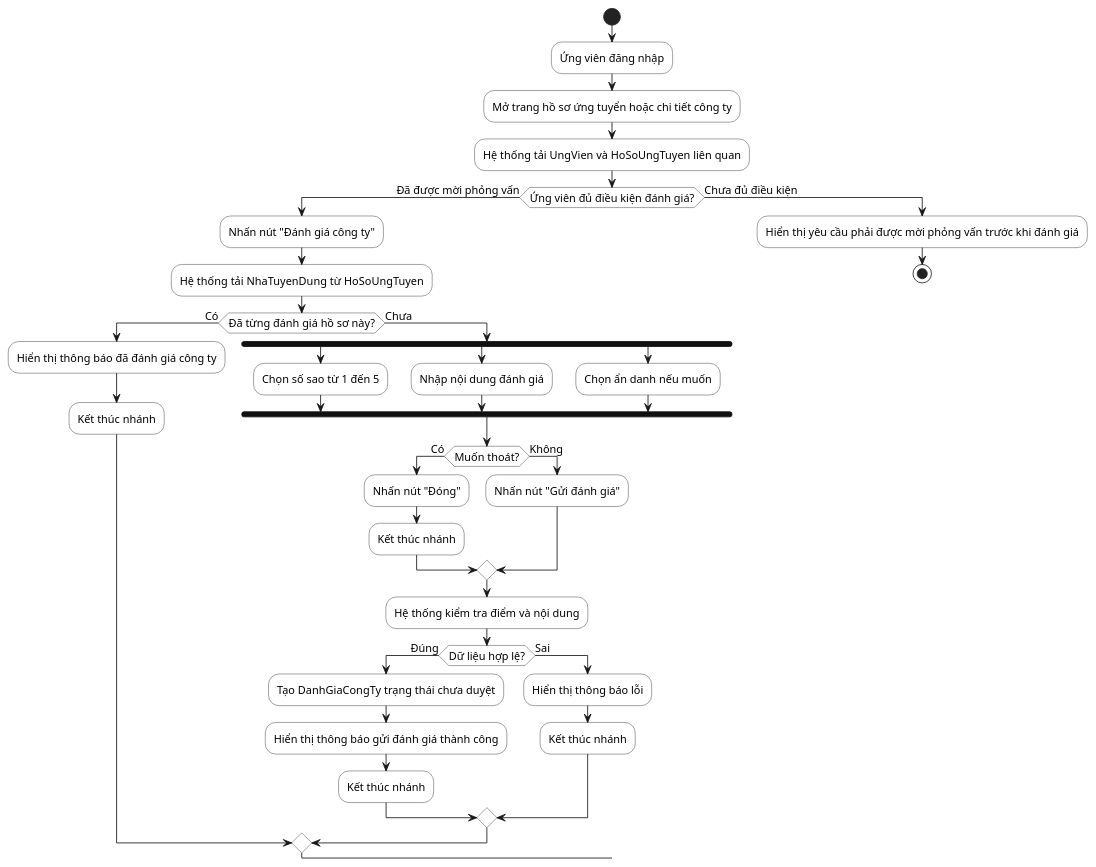
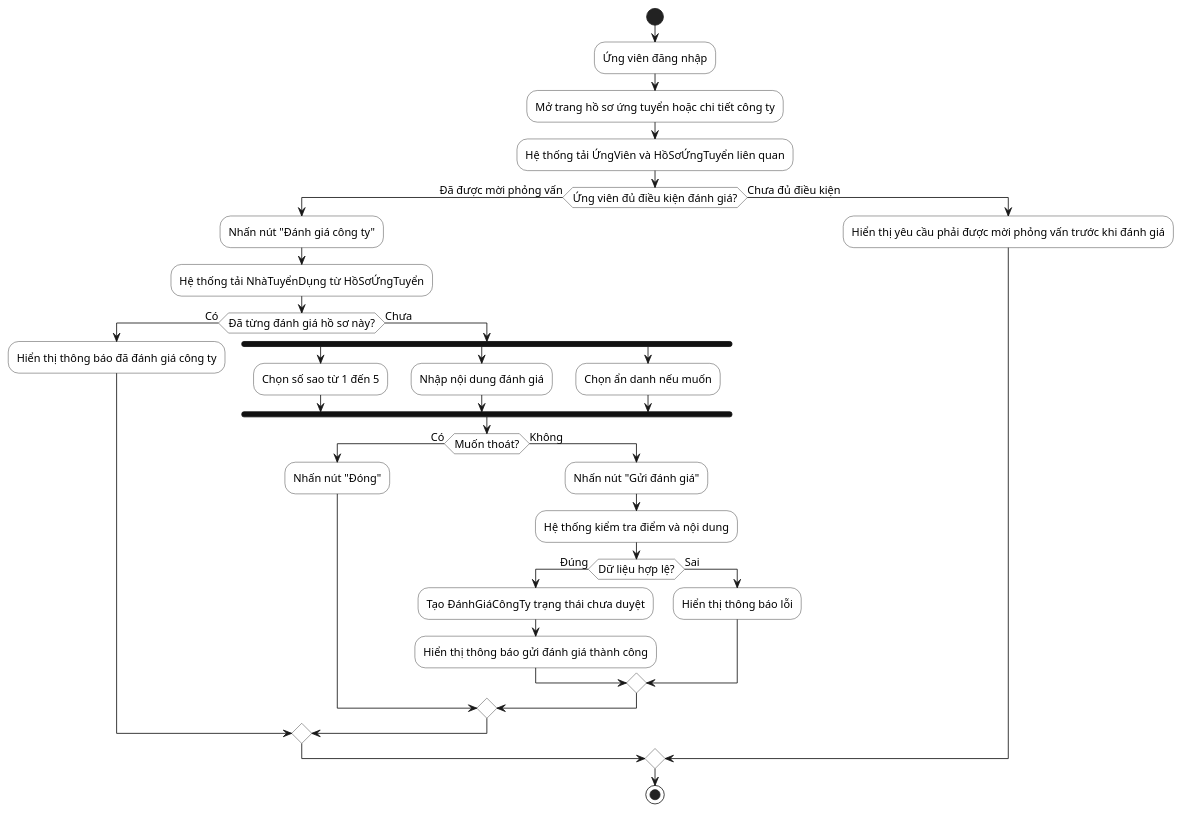
The diagram in docs/so-do/02-activity/13-activity-danh-gia-cong-ty.puml (hole-six/DoAn), drawn with PlantUML before and after one commit. The commit also changed 1039 other files, not shown here.

```diff
--- a/docs/so-do/02-activity/13-activity-danh-gia-cong-ty.puml
+++ b/docs/so-do/02-activity/13-activity-danh-gia-cong-ty.puml
@@ -1,51 +1,47 @@
 @startuml
 skinparam defaultFontName "Segoe UI"
 skinparam defaultFontSize 13
 skinparam shadowing false
 skinparam linetype ortho
 skinparam activity {
   BackgroundColor White
   BorderColor #222222
   DiamondBackgroundColor White
   DiamondBorderColor #222222
   BarColor #111111
 }
 start
 :Ứng viên đăng nhập;
 :Mở trang hồ sơ ứng tuyển hoặc chi tiết công ty;
-:Hệ thống tải UngVien và HoSoUngTuyen liên quan;
+:Hệ thống tải ỨngViên và HồSơỨngTuyển liên quan;
 if (Ứng viên đủ điều kiện đánh giá?) then (Đã được mời phỏng vấn)
   :Nhấn nút "Đánh giá công ty";
-  :Hệ thống tải NhaTuyenDung từ HoSoUngTuyen;
+  :Hệ thống tải NhàTuyểnDụng từ HồSơỨngTuyển;
   if (Đã từng đánh giá hồ sơ này?) then (Có)
     :Hiển thị thông báo đã đánh giá công ty;
-    :Kết thúc nhánh;
   else (Chưa)
     fork
       :Chọn số sao từ 1 đến 5;
     fork again
       :Nhập nội dung đánh giá;
     fork again
       :Chọn ẩn danh nếu muốn;
     end fork
     if (Muốn thoát?) then (Có)
       :Nhấn nút "Đóng";
-      :Kết thúc nhánh;
     else (Không)
       :Nhấn nút "Gửi đánh giá";
-    endif
-    :Hệ thống kiểm tra điểm và nội dung;
-    if (Dữ liệu hợp lệ?) then (Đúng)
-      :Tạo DanhGiaCongTy trạng thái chưa duyệt;
-      :Hiển thị thông báo gửi đánh giá thành công;
-      :Kết thúc nhánh;
-    else (Sai)
-      :Hiển thị thông báo lỗi;
-      :Kết thúc nhánh;
+      :Hệ thống kiểm tra điểm và nội dung;
+      if (Dữ liệu hợp lệ?) then (Đúng)
+        :Tạo ĐánhGiáCôngTy trạng thái chưa duyệt;
+        :Hiển thị thông báo gửi đánh giá thành công;
+      else (Sai)
+        :Hiển thị thông báo lỗi;
+      endif
     endif
   endif
 else (Chưa đủ điều kiện)
   :Hiển thị yêu cầu phải được mời phỏng vấn trước khi đánh giá;
-  stop
 endif
+stop
 @enduml
```
